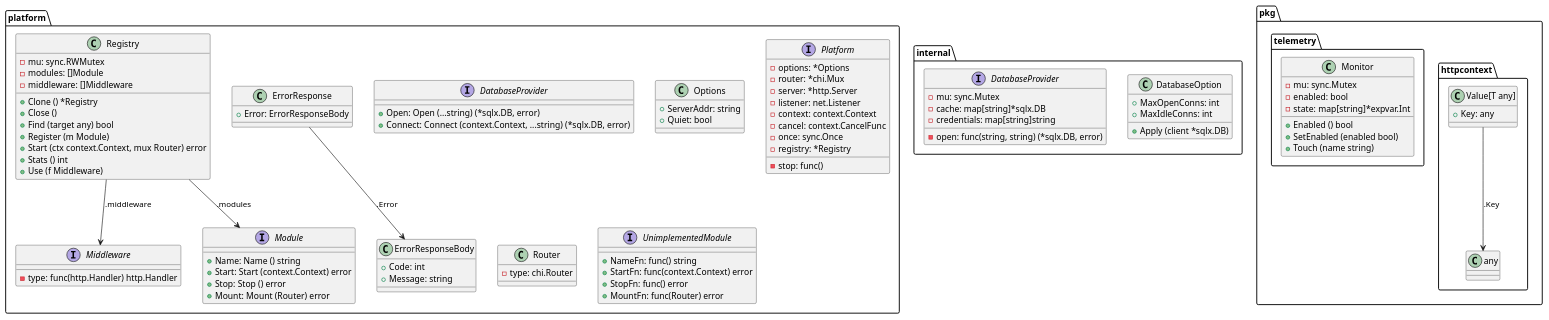
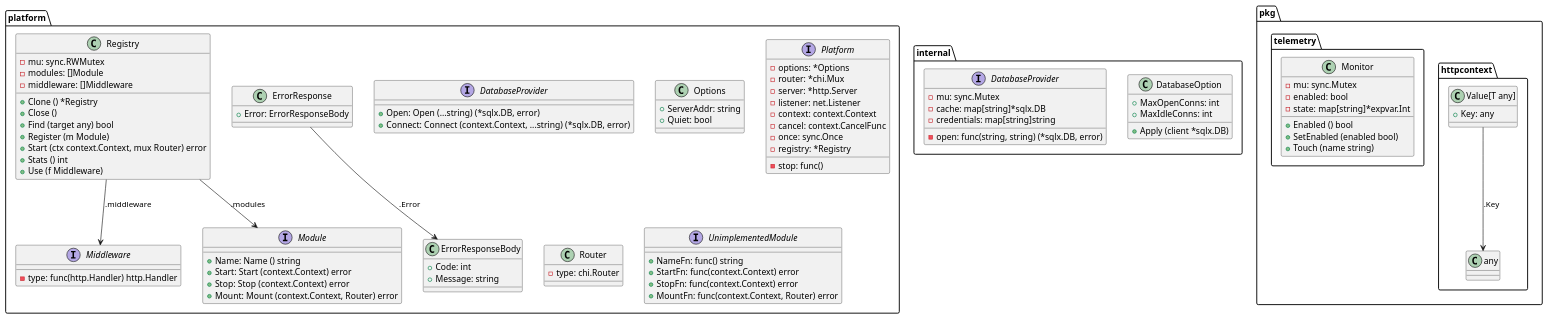
One commit to titpetric/platform changed the diagram in docs/structure.puml. Above: the diagram before and after it, drawn with PlantUML. The commit also changed 10 other files, not shown here.

```diff
--- a/docs/structure.puml
+++ b/docs/structure.puml
@@ -1,114 +1,114 @@
 @startuml
 
 class "internal.DatabaseOption" {
   + MaxOpenConns: int
   + MaxIdleConns: int
   + Apply (client *sqlx.DB)
 }
 
 interface "internal.DatabaseProvider" {
   - open: func(string, string) (*sqlx.DB, error)
   - mu: sync.Mutex
   - cache: map[string]*sqlx.DB
   - credentials: map[string]string
 }
 
 class "pkg.httpcontext.Value[T any]" {
   + Key: any
 }
 
 class "pkg.telemetry.Monitor" {
   - mu: sync.Mutex
   - enabled: bool
   - state: map[string]*expvar.Int
   + Enabled () bool
   + SetEnabled (enabled bool)
   + Touch (name string)
 }
 
 interface "platform.DatabaseProvider" {
   + Open: Open (...string) (*sqlx.DB, error)
   + Connect: Connect (context.Context, ...string) (*sqlx.DB, error)
 }
 
 class "platform.ErrorResponse" {
   + Error: ErrorResponseBody
 }
 
 class "platform.ErrorResponseBody" {
   + Code: int
   + Message: string
 }
 
 interface "platform.Middleware" {
   - type: func(http.Handler) http.Handler
 }
 
 interface "platform.Module" {
   + Name: Name () string
   + Start: Start (context.Context) error
-  + Stop: Stop () error
-  + Mount: Mount (Router) error
+  + Stop: Stop (context.Context) error
+  + Mount: Mount (context.Context, Router) error
 }
 
 class "platform.Options" {
   + ServerAddr: string
   + Quiet: bool
 }
 
 interface "platform.Platform" {
   - options: *Options
   - router: *chi.Mux
   - server: *http.Server
   - listener: net.Listener
   - context: context.Context
   - cancel: context.CancelFunc
   - stop: func()
   - once: sync.Once
   - registry: *Registry
 }
 
 class "platform.Registry" {
   - mu: sync.RWMutex
   - modules: []Module
   - middleware: []Middleware
   + Clone () *Registry
   + Close ()
   + Find (target any) bool
   + Register (m Module)
   + Start (ctx context.Context, mux Router) error
   + Stats () int
   + Use (f Middleware)
 }
 
 class "platform.Router" {
   - type: chi.Router
 }
 
 interface "platform.UnimplementedModule" {
   + NameFn: func() string
   + StartFn: func(context.Context) error
-  + StopFn: func() error
-  + MountFn: func(Router) error
+  + StopFn: func(context.Context) error
+  + MountFn: func(context.Context, Router) error
 }
 
 
 
 "pkg.httpcontext.Value[T any]" --> "pkg.httpcontext.any" : .Key
 
 
 
 "platform.ErrorResponse" --> "platform.ErrorResponseBody" : .Error
 
 
 
 
 
 
 "platform.Registry" --> "platform.Module" : .modules
 "platform.Registry" --> "platform.Middleware" : .middleware
 
 
 
 
 @enduml
```
